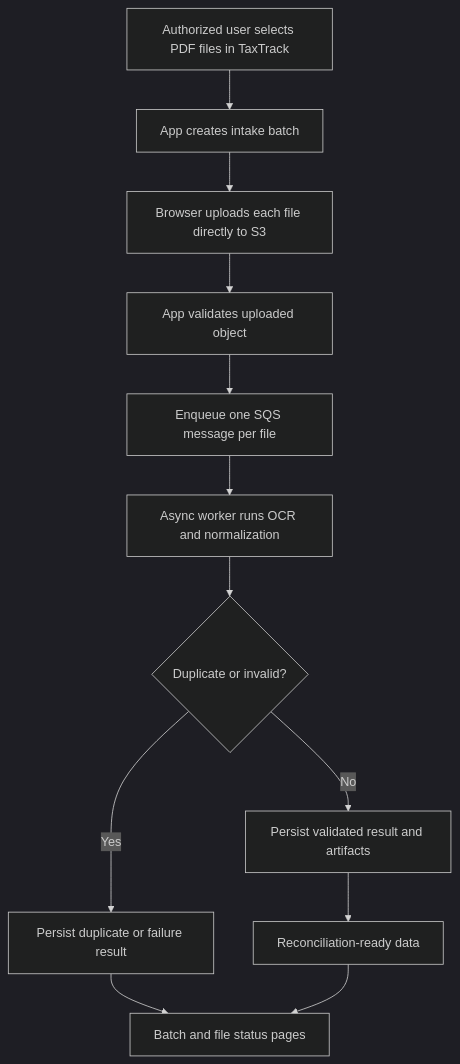
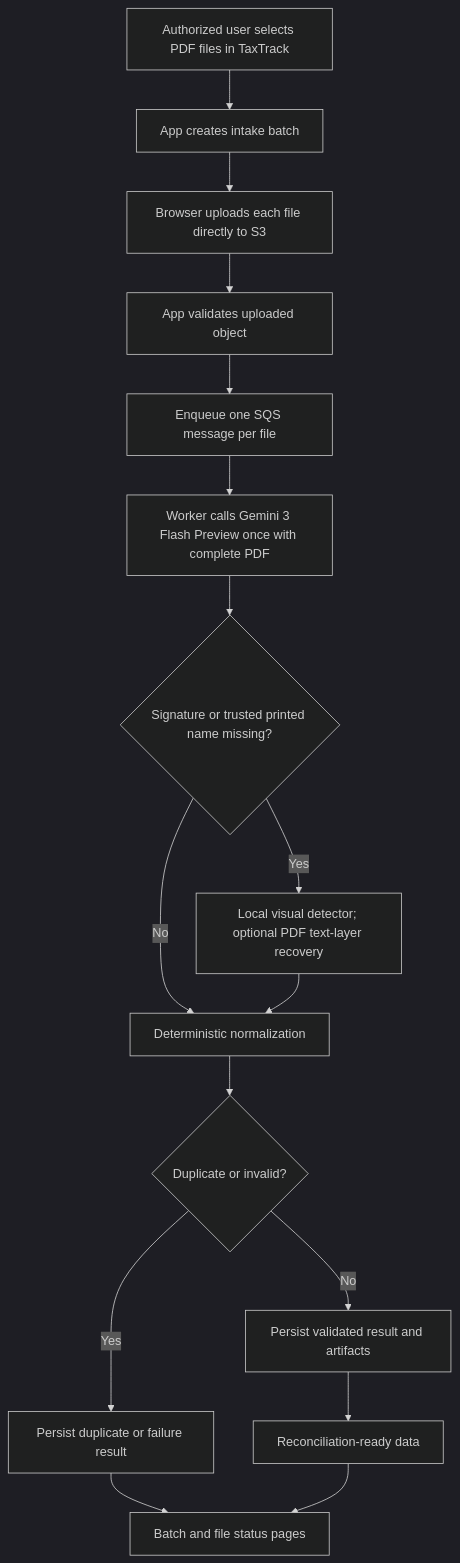
The first of 2 diagrams in docs/architecture/WORKFLOW_DIAGRAM.md (joseph-grospe/taxgenie-hackathon), drawn with Mermaid (dark theme) before and after one commit. The commit also changed other lines of this file and 19 other files, not shown here.

````diff
--- a/docs/architecture/WORKFLOW_DIAGRAM.md
+++ b/docs/architecture/WORKFLOW_DIAGRAM.md
@@ -5,14 +5,18 @@
 ```mermaid
 flowchart TD
     A[Authorized user selects PDF files in TaxTrack] --> B[App creates intake batch]
     B --> C[Browser uploads each file directly to S3]
     C --> D[App validates uploaded object]
     D --> E[Enqueue one SQS message per file]
-    E --> F[Async worker runs OCR and normalization]
-    F --> G{Duplicate or invalid?}
+    E --> F["Worker calls Gemini 3 Flash Preview once with complete PDF"]
+    F --> S{"Signature or trusted printed name missing?"}
+    S -- Yes --> V["Local visual detector; optional PDF text-layer recovery"]
+    S -- No --> N["Deterministic normalization"]
+    V --> N
+    N --> G{Duplicate or invalid?}
     G -- Yes --> H[Persist duplicate or failure result]
     G -- No --> I[Persist validated result and artifacts]
     I --> J[Reconciliation-ready data]
     H --> K[Batch and file status pages]
     J --> K
 ```
````
